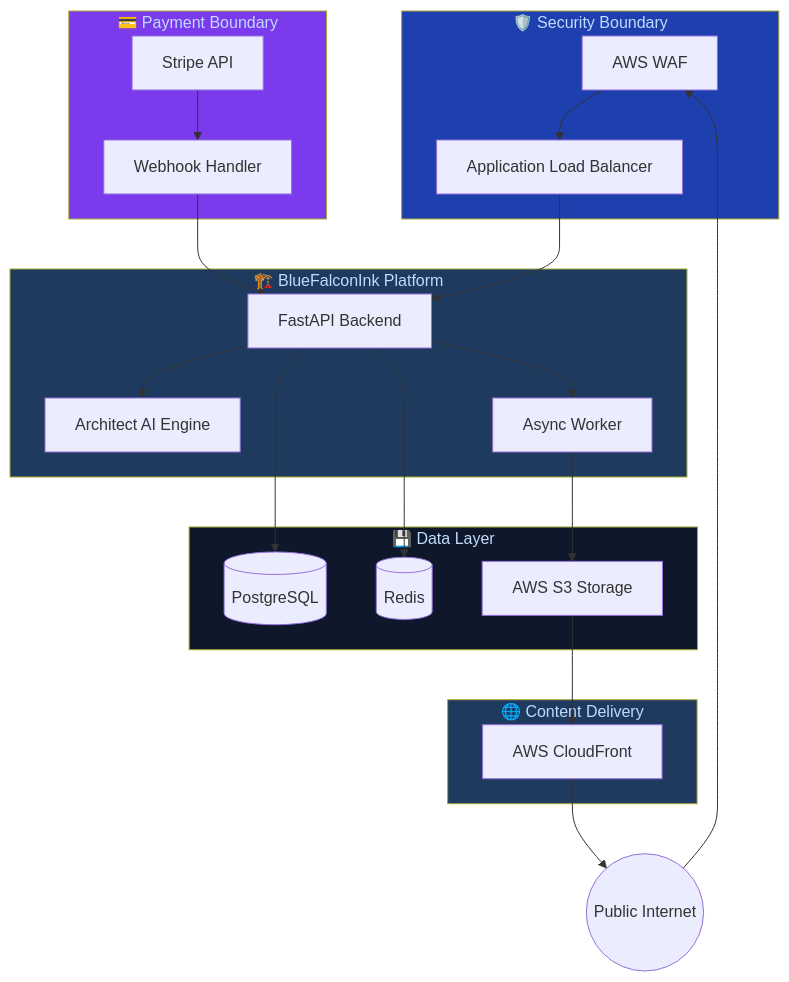
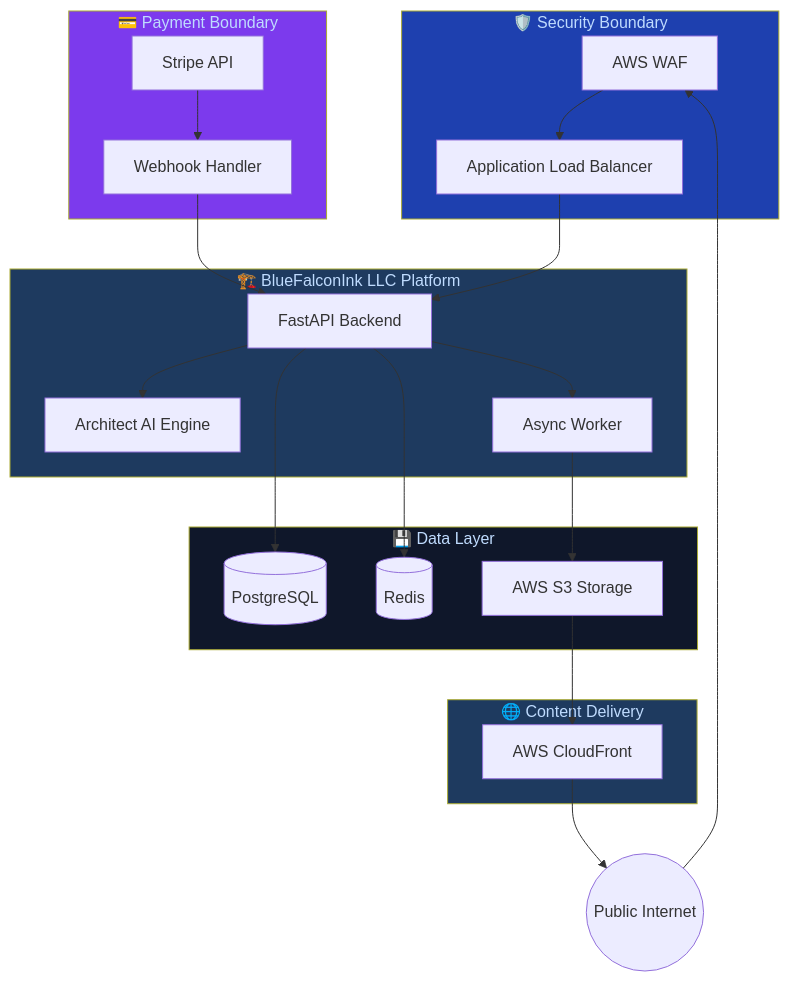
The diagram in docs/architecture.md (koreric75/ArchitectAIPro_GHActions), drawn with Mermaid before and after one commit. The commit also changed other lines of this file and 21 other files, not shown here.

First line of the commit message:
chore: update all branding to BlueFalconInk LLC

````diff
--- a/docs/architecture.md
+++ b/docs/architecture.md
@@ -8,50 +8,50 @@
 ```mermaid
-%% BlueFalconInk Architecture Standard v1.0
+%% BlueFalconInk LLC Architecture Standard v1.0
 %% Generated by Architect AI Pro
 
 graph TB
     subgraph Security["🛡️ Security Boundary"]
         WAF[AWS WAF]
         ALB[Application Load Balancer]
     end
 
-    subgraph Application["🏗️ BlueFalconInk Platform"]
+    subgraph Application["🏗️ BlueFalconInk LLC Platform"]
         API[FastAPI Backend]
         Worker[Async Worker]
         ArchAI[Architect AI Engine]
     end
 
     subgraph Data["💾 Data Layer"]
         DB[(PostgreSQL)]
         Cache[(Redis)]
         S3[AWS S3 Storage]
     end
 
     subgraph CDN["🌐 Content Delivery"]
         CF[AWS CloudFront]
     end
 
     subgraph Payment["💳 Payment Boundary"]
         Stripe[Stripe API]
         Webhook[Webhook Handler]
     end
 
     Internet((Public Internet)) --> WAF
     WAF --> ALB
     ALB --> API
     API --> ArchAI
     API --> DB
     API --> Cache
     API --> Worker
     Worker --> S3
     S3 --> CF
     CF --> Internet
     Stripe --> Webhook
     Webhook --> API
 
     style Security fill:#1E40AF,color:#BFDBFE
     style Application fill:#1E3A5F,color:#BFDBFE
     style Data fill:#0F172A,color:#BFDBFE
     style CDN fill:#1E3A5F,color:#BFDBFE
     style Payment fill:#7C3AED,color:#BFDBFE
 ```
````
